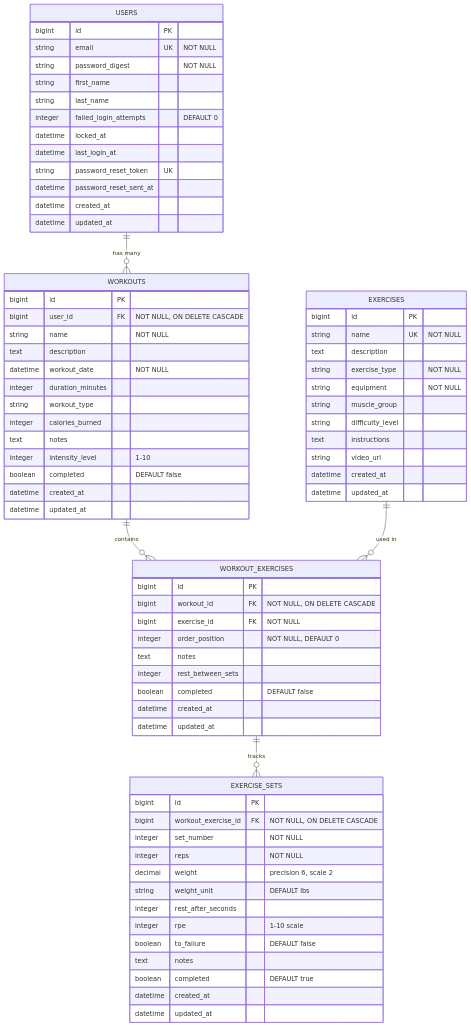
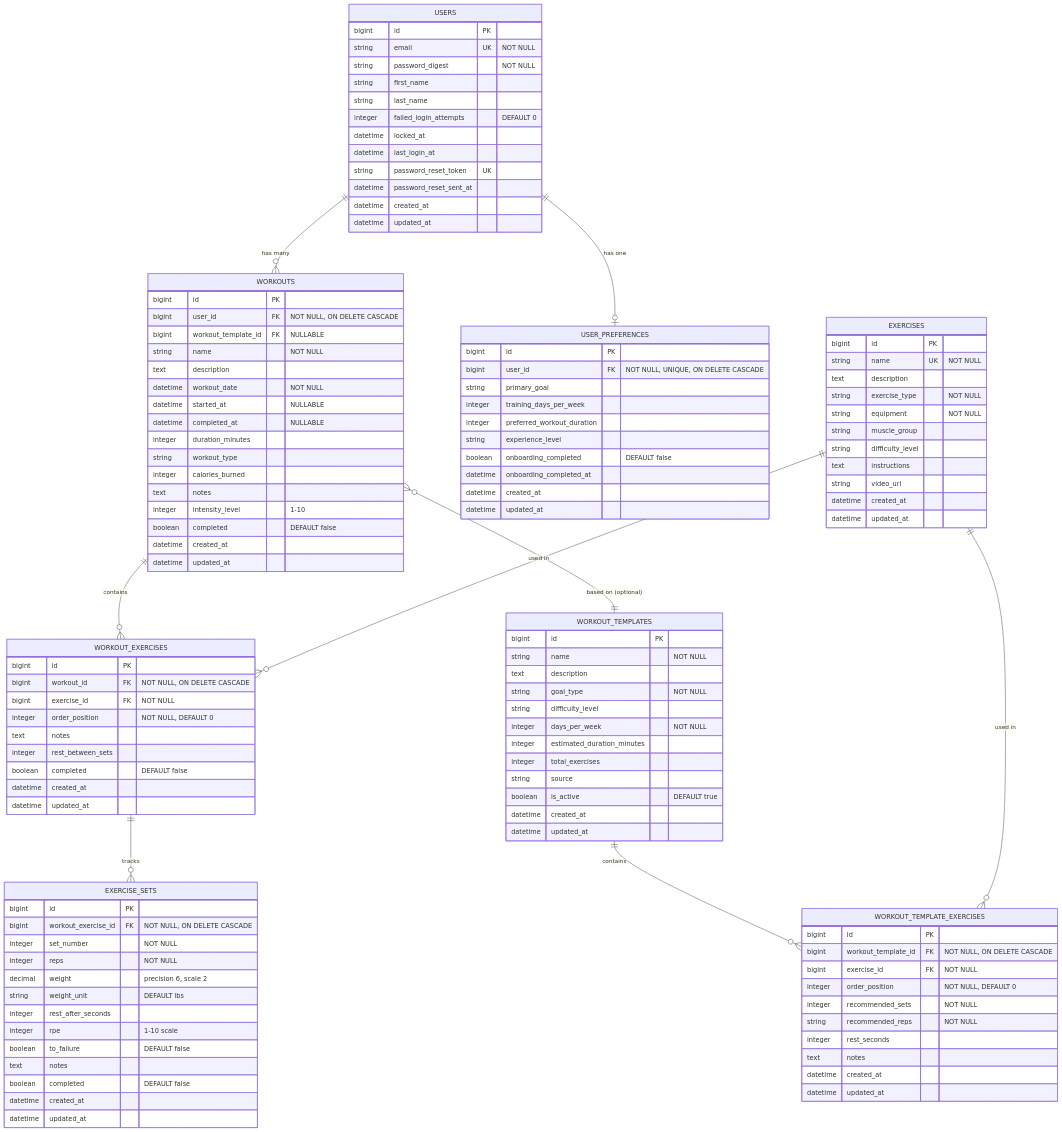
Before and after one commit to jaywood128/vital-forge-v1: the diagram in documentation/DATABASE_SCHEMA.md, drawn with Mermaid. The commit also changed other lines of this file and 57 other files, not shown here.

````diff
--- a/documentation/DATABASE_SCHEMA.md
+++ b/documentation/DATABASE_SCHEMA.md
@@ -9,8 +9,12 @@
 ```mermaid
 erDiagram
     USERS ||--o{ WORKOUTS : "has many"
+    USERS ||--o| USER_PREFERENCES : "has one"
+    WORKOUT_TEMPLATES ||--o{ WORKOUT_TEMPLATE_EXERCISES : "contains"
     WORKOUTS ||--o{ WORKOUT_EXERCISES : "contains"
+    WORKOUTS }o--|| WORKOUT_TEMPLATES : "based on (optional)"
     EXERCISES ||--o{ WORKOUT_EXERCISES : "used in"
+    EXERCISES ||--o{ WORKOUT_TEMPLATE_EXERCISES : "used in"
     WORKOUT_EXERCISES ||--o{ EXERCISE_SETS : "tracks"
     
     USERS {
@@ -31,9 +35,12 @@
     WORKOUTS {
         bigint id PK
         bigint user_id FK "NOT NULL, ON DELETE CASCADE"
+        bigint workout_template_id FK "NULLABLE"
         string name "NOT NULL"
         text description
         datetime workout_date "NOT NULL"
+        datetime started_at "NULLABLE"
+        datetime completed_at "NULLABLE"
         integer duration_minutes
         string workout_type
         integer calories_burned
@@ -81,7 +88,48 @@
         integer rpe "1-10 scale"
         boolean to_failure "DEFAULT false"
         text notes
-        boolean completed "DEFAULT true"
+        boolean completed "DEFAULT false"
+        datetime created_at
+        datetime updated_at
+    }
+    
+    WORKOUT_TEMPLATES {
+        bigint id PK
+        string name "NOT NULL"
+        text description
+        string goal_type "NOT NULL"
+        string difficulty_level
+        integer days_per_week "NOT NULL"
+        integer estimated_duration_minutes
+        integer total_exercises
+        string source
+        boolean is_active "DEFAULT true"
+        datetime created_at
+        datetime updated_at
+    }
+    
+    WORKOUT_TEMPLATE_EXERCISES {
+        bigint id PK
+        bigint workout_template_id FK "NOT NULL, ON DELETE CASCADE"
+        bigint exercise_id FK "NOT NULL"
+        integer order_position "NOT NULL, DEFAULT 0"
+        integer recommended_sets "NOT NULL"
+        string recommended_reps "NOT NULL"
+        integer rest_seconds
+        text notes
+        datetime created_at
+        datetime updated_at
+    }
+    
+    USER_PREFERENCES {
+        bigint id PK
+        bigint user_id FK "NOT NULL, UNIQUE, ON DELETE CASCADE"
+        string primary_goal
+        integer training_days_per_week
+        integer preferred_workout_duration
+        string experience_level
+        boolean onboarding_completed "DEFAULT false"
+        datetime onboarding_completed_at
         datetime created_at
         datetime updated_at
     }
````
